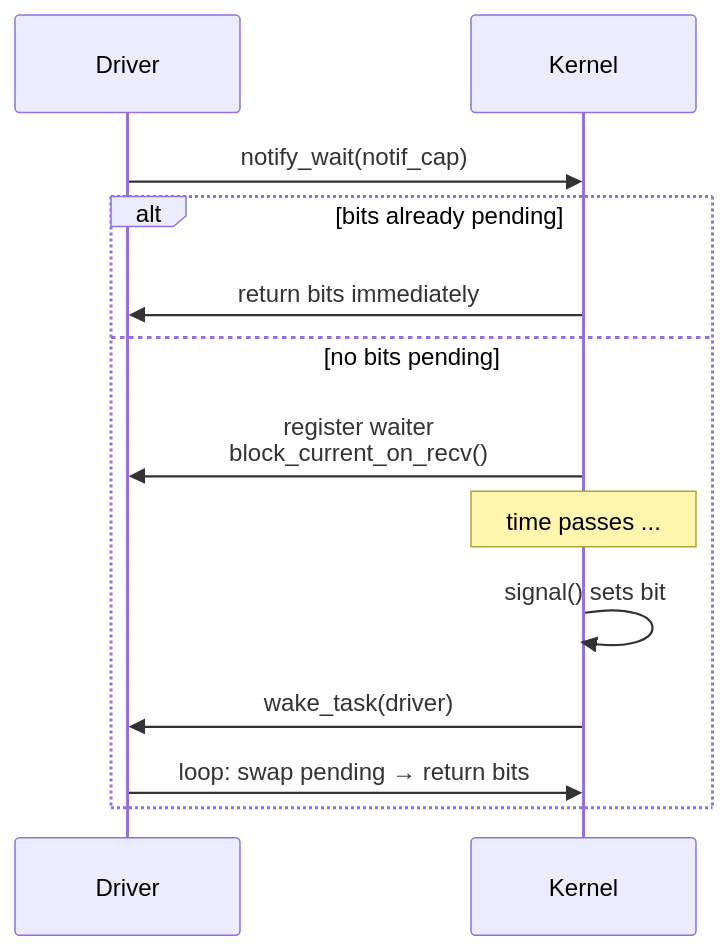
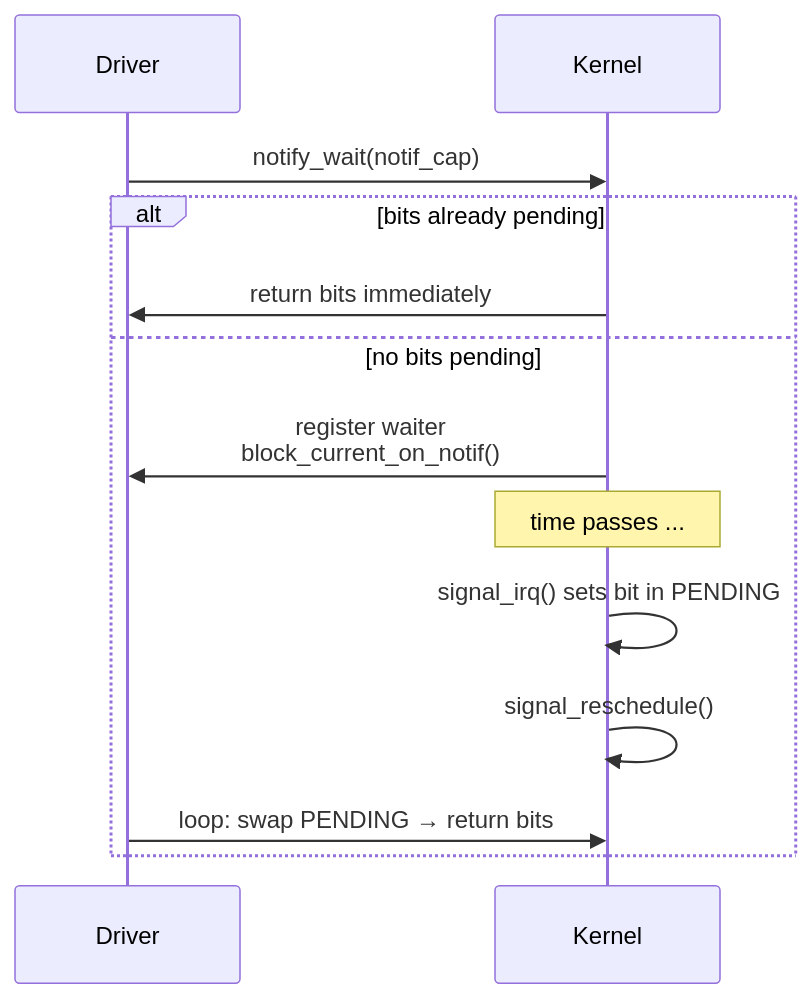
One commit to mikecubed/m3OS changed the fifth of 7 diagrams in docs/06-ipc-core.md. Above: the diagram before and after it, drawn with Mermaid. The commit also changed other lines of this file and 4 other files, not shown here.

````diff
--- a/docs/06-ipc-core.md
+++ b/docs/06-ipc-core.md
@@ -308,16 +316,16 @@
 ```mermaid
 sequenceDiagram
     participant Driver
     participant Kernel
 
     Driver->>Kernel: notify_wait(notif_cap)
     alt bits already pending
         Kernel->>Driver: return bits immediately
     else no bits pending
-        Kernel->>Driver: register waiter<br/>block_current_on_recv()
+        Kernel->>Driver: register waiter<br/>block_current_on_notif()
         Note over Kernel: time passes ...
-        Kernel->>Kernel: signal() sets bit
-        Kernel->>Driver: wake_task(driver)
-        Driver->>Kernel: loop: swap pending → return bits
+        Kernel->>Kernel: signal_irq() sets bit in PENDING
+        Kernel->>Kernel: signal_reschedule()
+        Driver->>Kernel: loop: swap PENDING → return bits
     end
 ```
````
